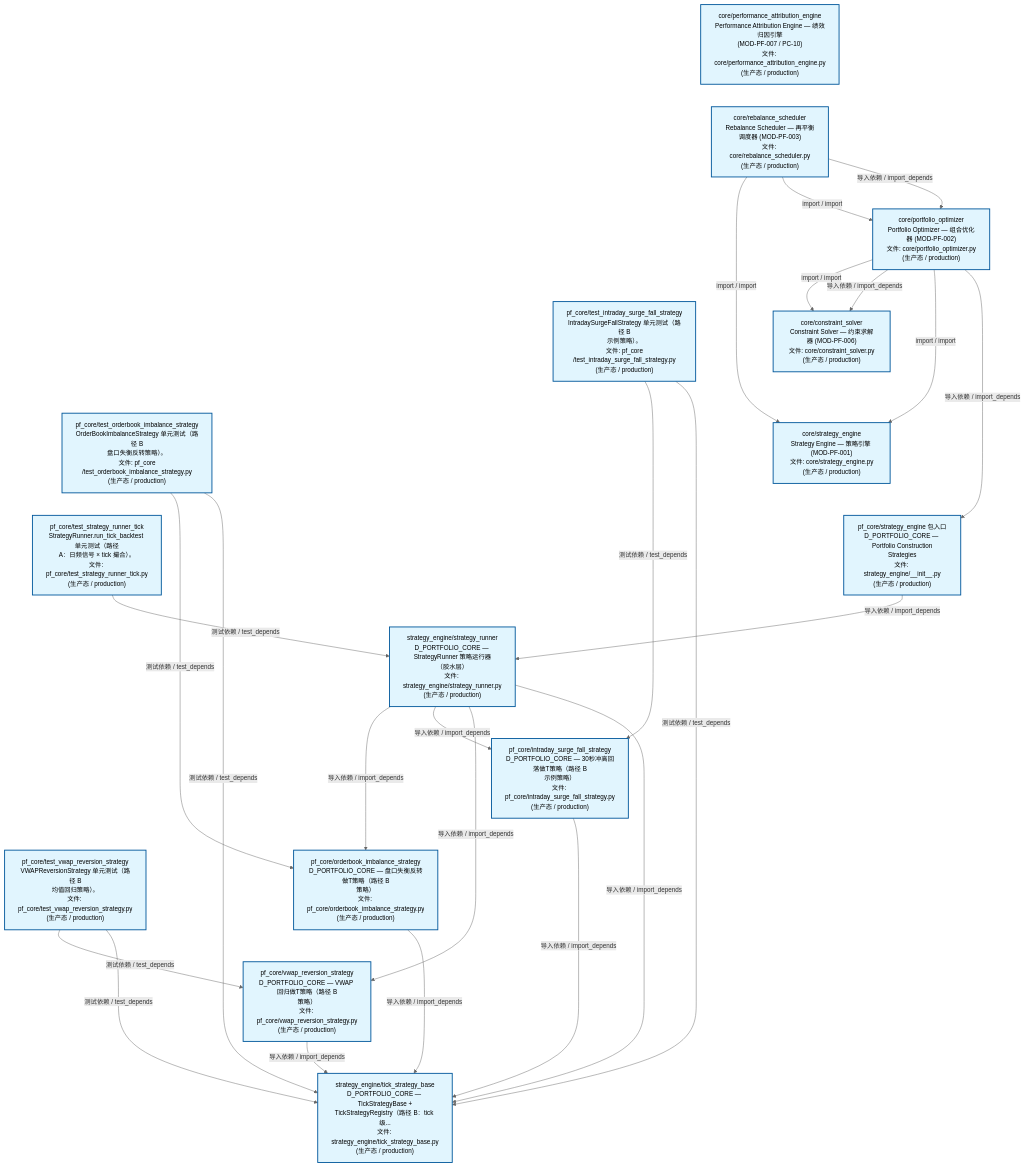
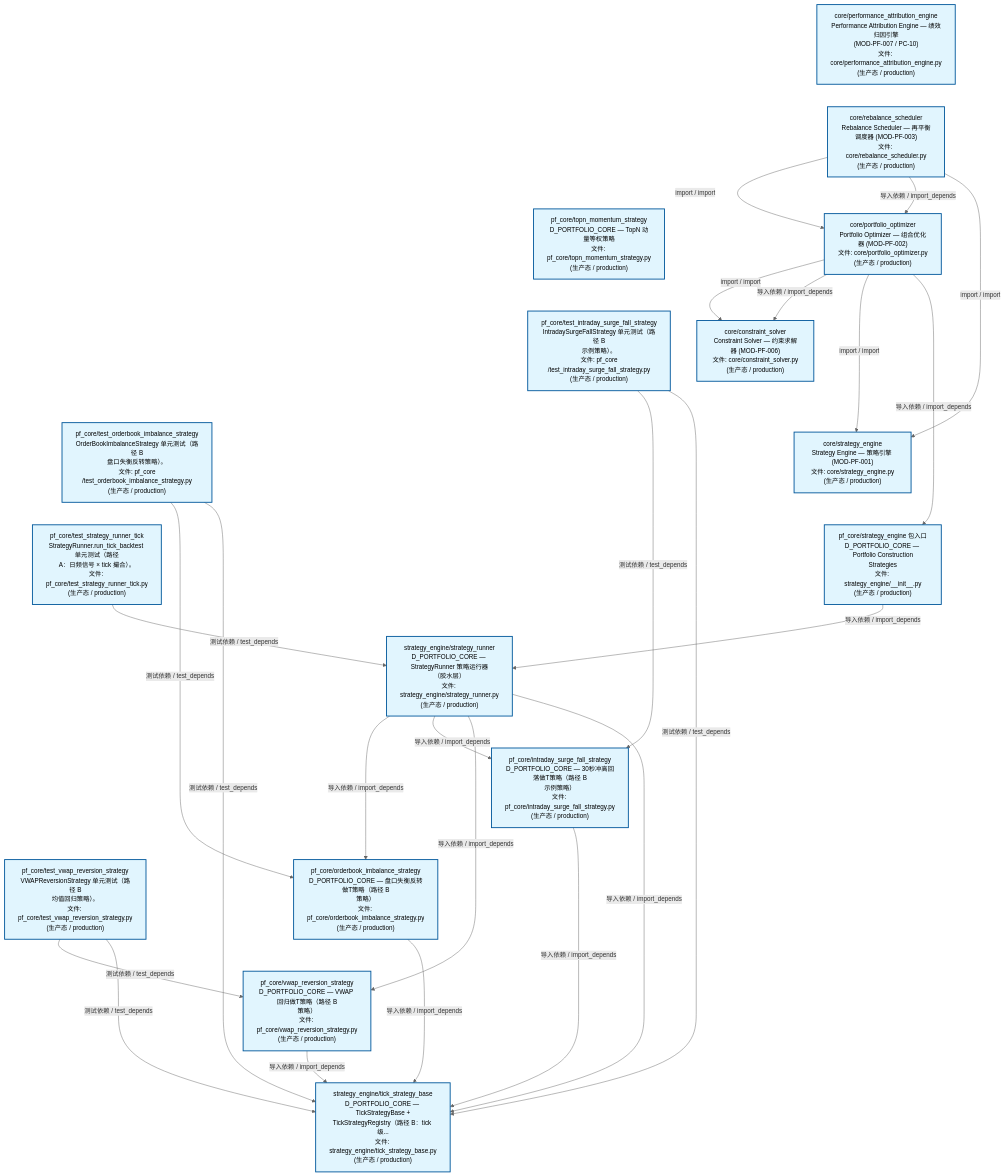
One commit to xuanFelixVan/ZephyrAlpha changed the second of 3 diagrams in docs/02_enterprise_architecture/02_domain_architecture_docs/63_d_pf_core.md. Above: the diagram before and after it, drawn with Mermaid. The commit also changed other lines of this file and 50 other files, not shown here.

````diff
--- a/docs/02_enterprise_architecture/02_domain_architecture_docs/63_d_pf_core.md
+++ b/docs/02_enterprise_architecture/02_domain_architecture_docs/63_d_pf_core.md
@@ -140,55 +140,57 @@
 ```mermaid
 %%{init: {'theme': 'base', 'themeVariables': {'primaryColor': '#eaeaea', 'primaryTextColor': '#333333', 'primaryBorderColor': '#666666', 'lineColor': '#666666', 'secondaryColor': '#eaeaea', 'tertiaryColor': '#eaeaea', 'fontSize': '14px'}}}%%
 flowchart TD
     src_zephyr_pf_core_core_performance_attribution_engine_py["core/performance_attribution_engine<br/>Performance Attribution Engine — 绩效归因引擎<br/>(MOD-PF-007 / PC-10)<br/>文件: core/performance_attribution_engine.py<br/>(生产态 / production)"]
     src_zephyr_pf_core_core_rebalance_scheduler_py["core/rebalance_scheduler<br/>Rebalance Scheduler — 再平衡调度器 (MOD-PF-003)<br/>文件: core/rebalance_scheduler.py<br/>(生产态 / production)"]
+    src_zephyr_pf_core_topn_momentum_strategy_py["pf_core/topn_momentum_strategy<br/>D_PORTFOLIO_CORE — TopN 动量等权策略<br/>文件: pf_core/topn_momentum_strategy.py<br/>(生产态 / production)"]
     tests_pf_core_test_intraday_surge_fall_strategy_py["pf_core/test_intraday_surge_fall_strategy<br/>IntradaySurgeFallStrategy 单元测试（路径 B<br/>示例策略）。<br/>文件: pf_core<br/>/test_intraday_surge_fall_strategy.py<br/>(生产态 / production)"]
     tests_pf_core_test_orderbook_imbalance_strategy_py["pf_core/test_orderbook_imbalance_strategy<br/>OrderBookImbalanceStrategy 单元测试（路径 B<br/>盘口失衡反转策略）。<br/>文件: pf_core<br/>/test_orderbook_imbalance_strategy.py<br/>(生产态 / production)"]
     tests_pf_core_test_strategy_runner_tick_py["pf_core/test_strategy_runner_tick<br/>StrategyRunner.run_tick_backtest 单元测试（路径<br/>A：日频信号 × tick 撮合）。<br/>文件: pf_core/test_strategy_runner_tick.py<br/>(生产态 / production)"]
     tests_pf_core_test_vwap_reversion_strategy_py["pf_core/test_vwap_reversion_strategy<br/>VWAPReversionStrategy 单元测试（路径 B<br/>均值回归策略）。<br/>文件: pf_core/test_vwap_reversion_strategy.py<br/>(生产态 / production)"]
     src_zephyr_pf_core_core_performance_attribution_engine_py ~~~ src_zephyr_pf_core_core_rebalance_scheduler_py
-    src_zephyr_pf_core_core_rebalance_scheduler_py ~~~ tests_pf_core_test_intraday_surge_fall_strategy_py
+    src_zephyr_pf_core_core_rebalance_scheduler_py ~~~ src_zephyr_pf_core_topn_momentum_strategy_py
+    src_zephyr_pf_core_topn_momentum_strategy_py ~~~ tests_pf_core_test_intraday_surge_fall_strategy_py
     tests_pf_core_test_intraday_surge_fall_strategy_py ~~~ tests_pf_core_test_orderbook_imbalance_strategy_py
     tests_pf_core_test_orderbook_imbalance_strategy_py ~~~ tests_pf_core_test_strategy_runner_tick_py
     tests_pf_core_test_strategy_runner_tick_py ~~~ tests_pf_core_test_vwap_reversion_strategy_py
     src_zephyr_pf_core_core_portfolio_optimizer_py["core/portfolio_optimizer<br/>Portfolio Optimizer — 组合优化器 (MOD-PF-002)<br/>文件: core/portfolio_optimizer.py<br/>(生产态 / production)"]
     src_zephyr_pf_core_core_constraint_solver_py["core/constraint_solver<br/>Constraint Solver — 约束求解器 (MOD-PF-006)<br/>文件: core/constraint_solver.py<br/>(生产态 / production)"]
     src_zephyr_pf_core_core_strategy_engine_py["core/strategy_engine<br/>Strategy Engine — 策略引擎 (MOD-PF-001)<br/>文件: core/strategy_engine.py<br/>(生产态 / production)"]
     src_zephyr_pf_core_strategy_engine_init_py["pf_core/strategy_engine 包入口<br/>D_PORTFOLIO_CORE — Portfolio Construction<br/>Strategies<br/>文件: strategy_engine/__init__.py<br/>(生产态 / production)"]
     src_zephyr_pf_core_core_constraint_solver_py ~~~ src_zephyr_pf_core_core_strategy_engine_py
     src_zephyr_pf_core_core_strategy_engine_py ~~~ src_zephyr_pf_core_strategy_engine_init_py
     src_zephyr_pf_core_strategy_engine_strategy_runner_py["strategy_engine/strategy_runner<br/>D_PORTFOLIO_CORE — StrategyRunner 策略运行器<br/>（胶水层）<br/>文件: strategy_engine/strategy_runner.py<br/>(生产态 / production)"]
     src_zephyr_pf_core_intraday_surge_fall_strategy_py["pf_core/intraday_surge_fall_strategy<br/>D_PORTFOLIO_CORE — 30秒冲高回落做T策略（路径 B<br/>示例策略）<br/>文件: pf_core/intraday_surge_fall_strategy.py<br/>(生产态 / production)"]
     src_zephyr_pf_core_orderbook_imbalance_strategy_py["pf_core/orderbook_imbalance_strategy<br/>D_PORTFOLIO_CORE — 盘口失衡反转做T策略（路径 B<br/>策略）<br/>文件: pf_core/orderbook_imbalance_strategy.py<br/>(生产态 / production)"]
     src_zephyr_pf_core_vwap_reversion_strategy_py["pf_core/vwap_reversion_strategy<br/>D_PORTFOLIO_CORE — VWAP 回归做T策略（路径 B<br/>策略）<br/>文件: pf_core/vwap_reversion_strategy.py<br/>(生产态 / production)"]
     src_zephyr_pf_core_intraday_surge_fall_strategy_py ~~~ src_zephyr_pf_core_orderbook_imbalance_strategy_py
     src_zephyr_pf_core_orderbook_imbalance_strategy_py ~~~ src_zephyr_pf_core_vwap_reversion_strategy_py
     src_zephyr_pf_core_strategy_engine_tick_strategy_base_py["strategy_engine/tick_strategy_base<br/>D_PORTFOLIO_CORE — TickStrategyBase +<br/>TickStrategyRegistry（路径 B：tick 级...<br/>文件: strategy_engine/tick_strategy_base.py<br/>(生产态 / production)"]
     src_zephyr_pf_core_orderbook_imbalance_strategy_py -->|导入依赖 / import_depends| src_zephyr_pf_core_strategy_engine_tick_strategy_base_py
     src_zephyr_pf_core_intraday_surge_fall_strategy_py -->|导入依赖 / import_depends| src_zephyr_pf_core_strategy_engine_tick_strategy_base_py
     src_zephyr_pf_core_vwap_reversion_strategy_py -->|导入依赖 / import_depends| src_zephyr_pf_core_strategy_engine_tick_strategy_base_py
+    src_zephyr_pf_core_core_rebalance_scheduler_py -->|import / import| src_zephyr_pf_core_core_portfolio_optimizer_py
+    src_zephyr_pf_core_core_rebalance_scheduler_py -->|导入依赖 / import_depends| src_zephyr_pf_core_core_portfolio_optimizer_py
+    src_zephyr_pf_core_core_rebalance_scheduler_py -->|import / import| src_zephyr_pf_core_core_strategy_engine_py
     src_zephyr_pf_core_core_portfolio_optimizer_py -->|import / import| src_zephyr_pf_core_core_constraint_solver_py
     src_zephyr_pf_core_core_portfolio_optimizer_py -->|导入依赖 / import_depends| src_zephyr_pf_core_core_constraint_solver_py
     src_zephyr_pf_core_core_portfolio_optimizer_py -->|import / import| src_zephyr_pf_core_core_strategy_engine_py
     src_zephyr_pf_core_core_portfolio_optimizer_py -->|导入依赖 / import_depends| src_zephyr_pf_core_strategy_engine_init_py
-    src_zephyr_pf_core_core_rebalance_scheduler_py -->|import / import| src_zephyr_pf_core_core_strategy_engine_py
-    src_zephyr_pf_core_core_rebalance_scheduler_py -->|import / import| src_zephyr_pf_core_core_portfolio_optimizer_py
-    src_zephyr_pf_core_core_rebalance_scheduler_py -->|导入依赖 / import_depends| src_zephyr_pf_core_core_portfolio_optimizer_py
-    src_zephyr_pf_core_strategy_engine_init_py -->|导入依赖 / import_depends| src_zephyr_pf_core_strategy_engine_strategy_runner_py
     src_zephyr_pf_core_strategy_engine_strategy_runner_py -->|导入依赖 / import_depends| src_zephyr_pf_core_orderbook_imbalance_strategy_py
     src_zephyr_pf_core_strategy_engine_strategy_runner_py -->|导入依赖 / import_depends| src_zephyr_pf_core_intraday_surge_fall_strategy_py
     src_zephyr_pf_core_strategy_engine_strategy_runner_py -->|导入依赖 / import_depends| src_zephyr_pf_core_vwap_reversion_strategy_py
     src_zephyr_pf_core_strategy_engine_strategy_runner_py -->|导入依赖 / import_depends| src_zephyr_pf_core_strategy_engine_tick_strategy_base_py
+    src_zephyr_pf_core_strategy_engine_init_py -->|导入依赖 / import_depends| src_zephyr_pf_core_strategy_engine_strategy_runner_py
     tests_pf_core_test_intraday_surge_fall_strategy_py -->|测试依赖 / test_depends| src_zephyr_pf_core_intraday_surge_fall_strategy_py
     tests_pf_core_test_intraday_surge_fall_strategy_py -->|测试依赖 / test_depends| src_zephyr_pf_core_strategy_engine_tick_strategy_base_py
     tests_pf_core_test_orderbook_imbalance_strategy_py -->|测试依赖 / test_depends| src_zephyr_pf_core_orderbook_imbalance_strategy_py
     tests_pf_core_test_orderbook_imbalance_strategy_py -->|测试依赖 / test_depends| src_zephyr_pf_core_strategy_engine_tick_strategy_base_py
+    tests_pf_core_test_strategy_runner_tick_py -->|测试依赖 / test_depends| src_zephyr_pf_core_strategy_engine_strategy_runner_py
     tests_pf_core_test_vwap_reversion_strategy_py -->|测试依赖 / test_depends| src_zephyr_pf_core_vwap_reversion_strategy_py
     tests_pf_core_test_vwap_reversion_strategy_py -->|测试依赖 / test_depends| src_zephyr_pf_core_strategy_engine_tick_strategy_base_py
-    tests_pf_core_test_strategy_runner_tick_py -->|测试依赖 / test_depends| src_zephyr_pf_core_strategy_engine_strategy_runner_py
     classDef production fill:#e1f5fe,stroke:#01579b,stroke-width:2px,color:#000
     classDef design fill:#fff3e0,stroke:#e65100,stroke-width:2px,color:#000,stroke-dasharray: 5 5
     classDef external_prod fill:#e8f4fd,stroke:#0277bd,stroke-width:1px,color:#000
     classDef external_design fill:#fff8e7,stroke:#ef6c00,stroke-width:1px,color:#000,stroke-dasharray: 5 5
-    class src_zephyr_pf_core_core_constraint_solver_py,src_zephyr_pf_core_core_performance_attribution_engine_py,src_zephyr_pf_core_core_portfolio_optimizer_py,src_zephyr_pf_core_core_rebalance_scheduler_py,src_zephyr_pf_core_core_strategy_engine_py,src_zephyr_pf_core_intraday_surge_fall_strategy_py,src_zephyr_pf_core_orderbook_imbalance_strategy_py,src_zephyr_pf_core_strategy_engine_init_py,src_zephyr_pf_core_strategy_engine_strategy_runner_py,src_zephyr_pf_core_strategy_engine_tick_strategy_base_py,src_zephyr_pf_core_vwap_reversion_strategy_py,tests_pf_core_test_intraday_surge_fall_strategy_py,tests_pf_core_test_orderbook_imbalance_strategy_py,tests_pf_core_test_strategy_runner_tick_py,tests_pf_core_test_vwap_reversion_strategy_py production
+    class src_zephyr_pf_core_core_constraint_solver_py,src_zephyr_pf_core_core_performance_attribution_engine_py,src_zephyr_pf_core_core_portfolio_optimizer_py,src_zephyr_pf_core_core_rebalance_scheduler_py,src_zephyr_pf_core_core_strategy_engine_py,src_zephyr_pf_core_intraday_surge_fall_strategy_py,src_zephyr_pf_core_orderbook_imbalance_strategy_py,src_zephyr_pf_core_strategy_engine_init_py,src_zephyr_pf_core_strategy_engine_strategy_runner_py,src_zephyr_pf_core_strategy_engine_tick_strategy_base_py,src_zephyr_pf_core_topn_momentum_strategy_py,src_zephyr_pf_core_vwap_reversion_strategy_py,tests_pf_core_test_intraday_surge_fall_strategy_py,tests_pf_core_test_orderbook_imbalance_strategy_py,tests_pf_core_test_strategy_runner_tick_py,tests_pf_core_test_vwap_reversion_strategy_py production
 ```
````
